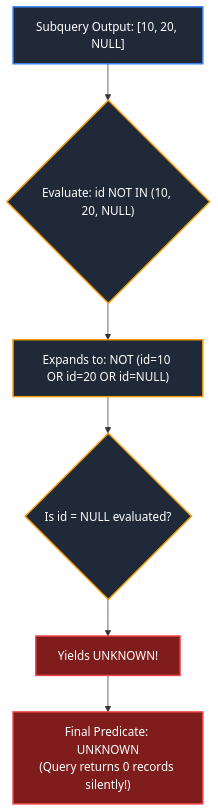
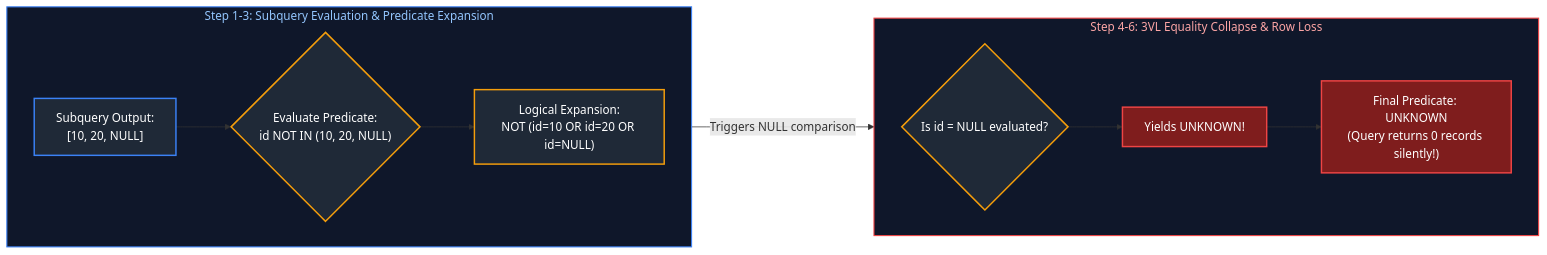
Before and after one commit to joydeep-biswas/Interview-Preparation: the third of 11 diagrams in Data Engineering/01_sql_fundamentals.md, drawn with Mermaid. The commit also changed other lines of this file and 76 other files, not shown here.

Commit message:
Updated Charts

````diff
--- a/Data Engineering/01_sql_fundamentals.md
+++ b/Data Engineering/01_sql_fundamentals.md
@@ -287,15 +291,23 @@
 ```mermaid
-flowchart TD
-    Sub["Subquery Output: [10, 20, NULL]"] --> Eval{"Evaluate: id NOT IN (10, 20, NULL)"}
-    Eval --> Exp["Expands to: NOT (id=10 OR id=20 OR id=NULL)"]
-    Exp --> Comp{"Is id = NULL evaluated?"}
-    Comp --> Unk["Yields UNKNOWN!"]
-    Unk --> Res["Final Predicate: UNKNOWN<br/>(Query returns 0 records silently!)"]
+flowchart LR
+    subgraph Row1 ["Step 1-3: Subquery Evaluation & Predicate Expansion"]
+        direction LR
+        Sub["Subquery Output:<br/>[10, 20, NULL]"] --> Eval{"Evaluate Predicate:<br/>id NOT IN (10, 20, NULL)"} --> Exp["Logical Expansion:<br/>NOT (id=10 OR id=20 OR id=NULL)"]
+    end
 
+    subgraph Row2 ["Step 4-6: 3VL Equality Collapse & Row Loss"]
+        direction LR
+        Comp{"Is id = NULL evaluated?"} --> Unk["Yields UNKNOWN!"] --> Res["Final Predicate: UNKNOWN<br/>(Query returns 0 records silently!)"]
+    end
+
+    Exp -->|"Triggers NULL comparison"| Comp
+
+    style Row1 fill:#0f172a,stroke:#3b82f6,stroke-width:1.5px,color:#93c5fd
+    style Row2 fill:#0f172a,stroke:#ef4444,stroke-width:1.5px,color:#fca5a5
     style Sub fill:#1f2937,stroke:#3b82f6,stroke-width:2px,color:#fff
     style Eval fill:#1f2937,stroke:#f59e0b,stroke-width:2px,color:#fff
     style Exp fill:#1f2937,stroke:#f59e0b,stroke-width:2px,color:#fff
     style Comp fill:#1f2937,stroke:#f59e0b,stroke-width:2px,color:#fff
     style Unk fill:#7f1d1d,stroke:#ef4444,stroke-width:2px,color:#fff
     style Res fill:#7f1d1d,stroke:#ef4444,stroke-width:2px,color:#fff
 ```
````
